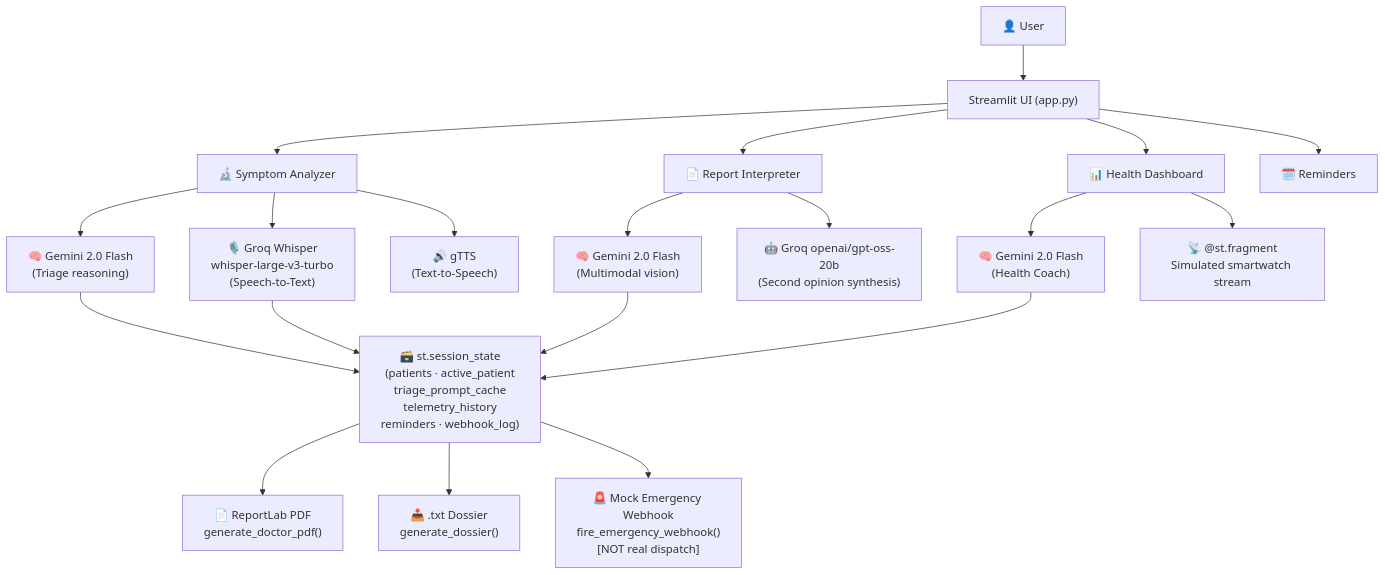
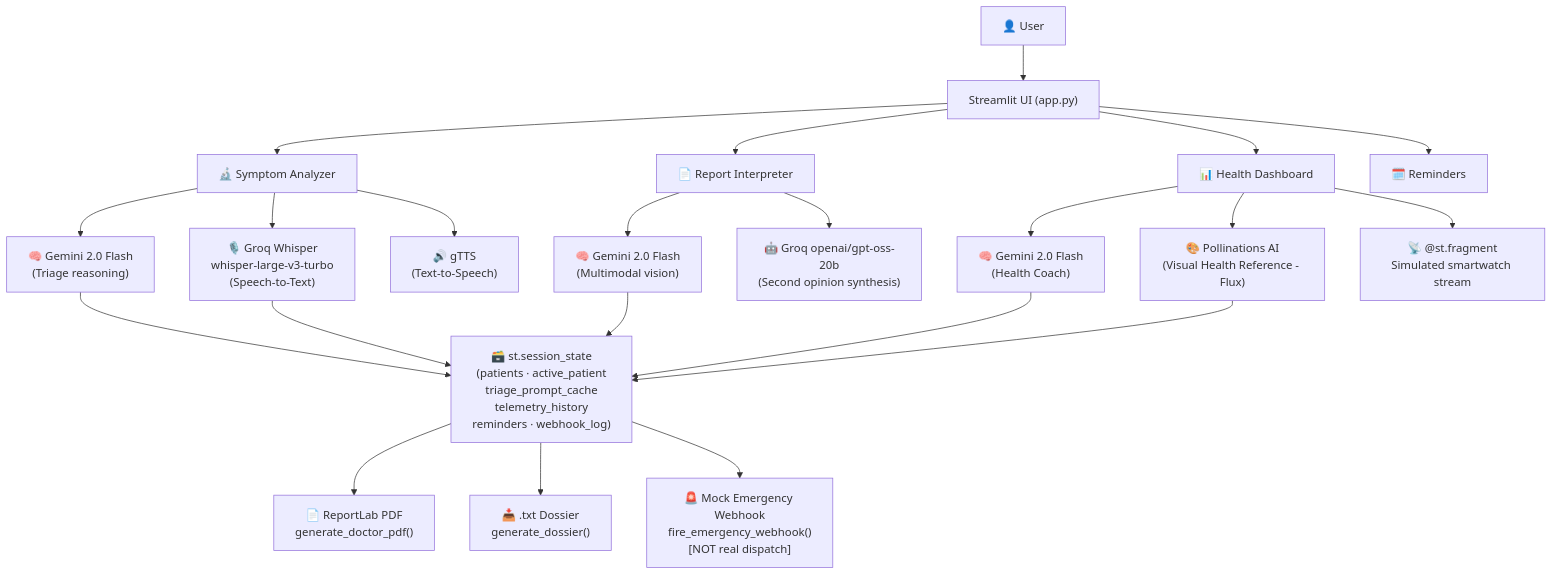
The diagram in README.md (shreyaspatankar-07/MediScan-AI), drawn with Mermaid before and after one commit. The commit also changed other lines of this file and 2 other files, not shown here.

Commit message:
feat: add Pollinations AI integration for visual health references

````diff
--- a/README.md
+++ b/README.md
@@ -54,28 +54,30 @@
 ```mermaid
 graph TD
     User["👤 User"] --> UI["Streamlit UI (app.py)"]
 
     UI --> Tab1["🔬 Symptom Analyzer"]
     UI --> Tab2["📄 Report Interpreter"]
     UI --> Tab3["📊 Health Dashboard"]
     UI --> Tab4["🗓️ Reminders"]
 
     Tab1 --> GeminiText["🧠 Gemini 2.0 Flash\n(Triage reasoning)"]
     Tab1 --> WhisperSTT["🎙️ Groq Whisper\nwhisper-large-v3-turbo\n(Speech-to-Text)"]
     Tab1 --> GTTS["🔊 gTTS\n(Text-to-Speech)"]
 
     Tab2 --> GeminiVision["🧠 Gemini 2.0 Flash\n(Multimodal vision)"]
     Tab2 --> GroqLLM["🤖 Groq openai/gpt-oss-20b\n(Second opinion synthesis)"]
 
     Tab3 --> GeminiCoach["🧠 Gemini 2.0 Flash\n(Health Coach)"]
+    Tab3 --> Pollinations["🎨 Pollinations AI\n(Visual Health Reference - Flux)"]
     Tab3 --> Telemetry["📡 @st.fragment\nSimulated smartwatch stream"]
 
     GeminiText --> SessionState["🗃️ st.session_state\n(patients · active_patient\ntriage_prompt_cache\ntelemetry_history\nreminders · webhook_log)"]
     GeminiVision --> SessionState
     GeminiCoach --> SessionState
+    Pollinations --> SessionState
     WhisperSTT --> SessionState
 
     SessionState --> PDF["📄 ReportLab PDF\ngenerate_doctor_pdf()"]
     SessionState --> Dossier["📥 .txt Dossier\ngenerate_dossier()"]
     SessionState --> Webhook["🚨 Mock Emergency Webhook\nfire_emergency_webhook()\n[NOT real dispatch]"]
 ```
````
